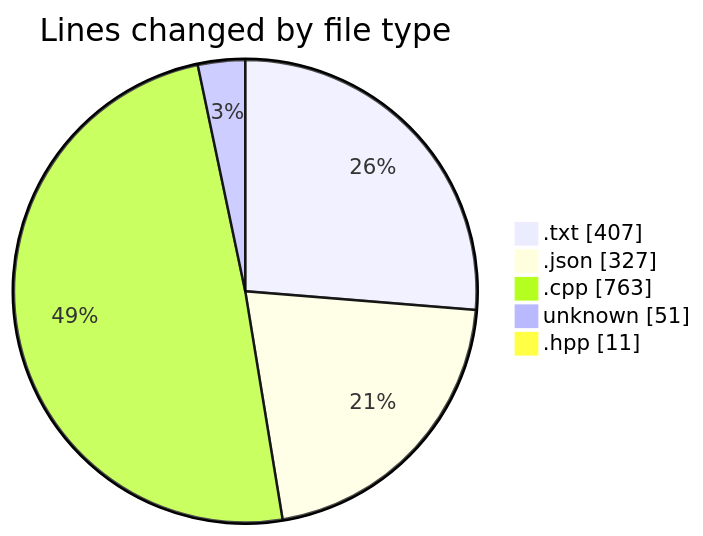
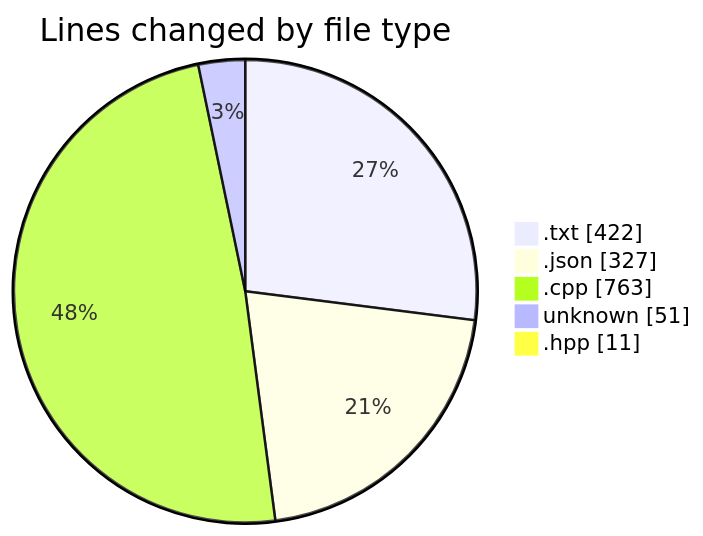
Before and after one commit to Netris89/code-tracking: the first of 2 diagrams in 2025-04-07/echo/README.md, drawn with Mermaid. The commit also changed other lines of this file and 1 other file, not shown here.

````diff
--- a/2025-04-07/echo/README.md
+++ b/2025-04-07/echo/README.md
@@ -29,9 +29,9 @@
 ```mermaid
 pie showData
 title Lines changed by file type
-".txt" : 407
+".txt" : 422
 ".json" : 327
 ".cpp" : 763
 "unknown" : 51
 ".hpp" : 11
 ```
````
